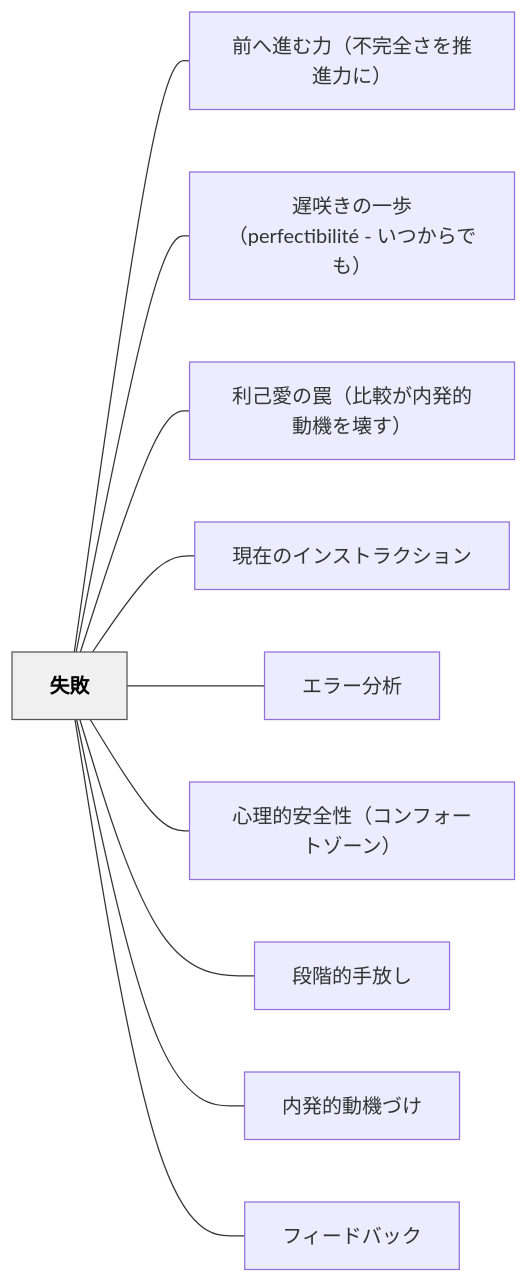
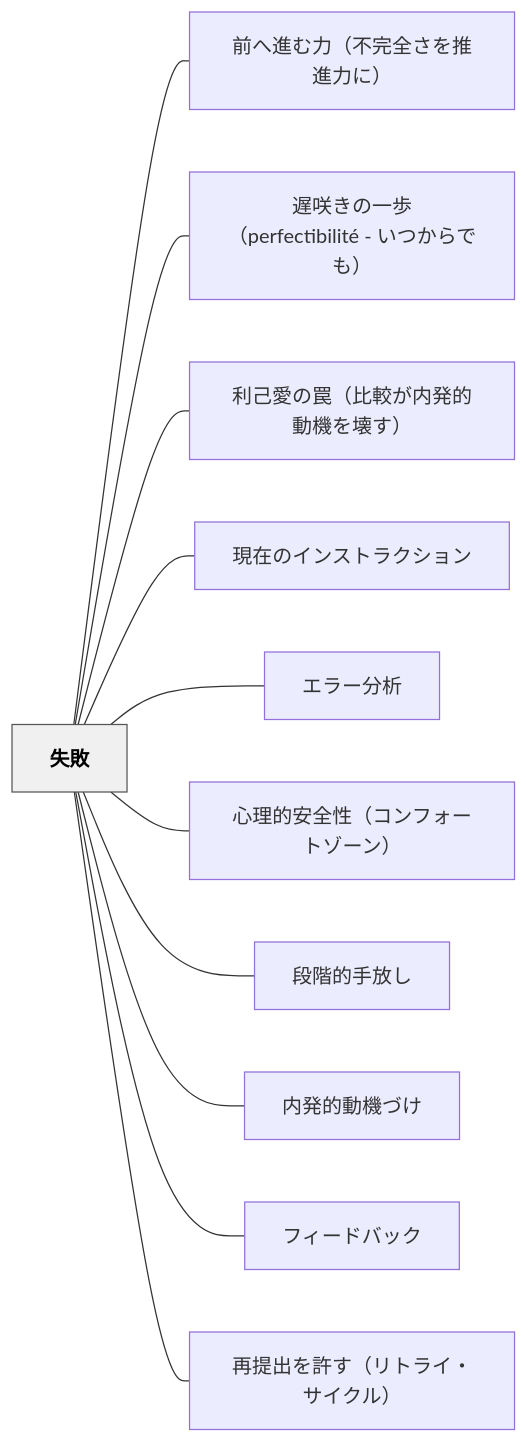
Before and after one commit to unknownthings-ed-patterns/unknownthings-ed-patterns: the diagram in content/パタン/失敗.md, drawn with Mermaid. The commit also changed other lines of this file and 6 other files, not shown here.

````diff
--- a/content/パタン/失敗.md
+++ b/content/パタン/失敗.md
@@ -76,26 +77,28 @@
 ```mermaid
 flowchart LR
     ne5a4b1e69597["失敗"]
     ne5898de381b8e980b2e38280e58a9befbc88e4b88de5ae8ce585a8e38195e38292e68ea8e980b2e58a9be381abefbc89["前へ進む力（不完全さを推進力に）"]
     ne98185e592b2e3818de381aee4b880e6ada9efbc88706572666563746962696c6974c3a9202d20e38184e381a4e3818be38289e381a7e38282efbc89["遅咲きの一歩（perfectibilité - いつからでも）"]
     ne588a9e5b7b1e6849be381aee7bda0efbc88e6af94e8bc83e3818ce58685e799bae79a84e58b95e6a99fe38292e5a38ae38199efbc89["利己愛の罠（比較が内発的動機を壊す）"]
     ne78fbee59ca8e381aee382a4e383b3e382b9e38388e383a9e382afe382b7e383a7e383b3["現在のインストラクション"]
     ne382a8e383a9e383bce58886e69e90["エラー分析"]
     ne5bf83e79086e79a84e5ae89e585a8e680a7efbc88e382b3e383b3e38395e382a9e383bce38388e382bee383bce383b3efbc89["心理的安全性（コンフォートゾーン）"]
     ne6aeb5e99a8ee79a84e6898be694bee38197["段階的手放し"]
     ne58685e799bae79a84e58b95e6a99fe381a5e38191["内発的動機づけ"]
     ne38395e382a3e383bce38389e38390e38383e382af["フィードバック"]
+    ne5868de68f90e587bae38292e8a8b1e38199efbc88e383aae38388e383a9e382a4e383bbe382b5e382a4e382afe383abefbc89["再提出を許す（リトライ・サイクル）"]
 
     ne5a4b1e69597 --- ne5898de381b8e980b2e38280e58a9befbc88e4b88de5ae8ce585a8e38195e38292e68ea8e980b2e58a9be381abefbc89
     ne5a4b1e69597 --- ne98185e592b2e3818de381aee4b880e6ada9efbc88706572666563746962696c6974c3a9202d20e38184e381a4e3818be38289e381a7e38282efbc89
     ne5a4b1e69597 --- ne588a9e5b7b1e6849be381aee7bda0efbc88e6af94e8bc83e3818ce58685e799bae79a84e58b95e6a99fe38292e5a38ae38199efbc89
     ne5a4b1e69597 --- ne78fbee59ca8e381aee382a4e383b3e382b9e38388e383a9e382afe382b7e383a7e383b3
     ne5a4b1e69597 --- ne382a8e383a9e383bce58886e69e90
     ne5a4b1e69597 --- ne5bf83e79086e79a84e5ae89e585a8e680a7efbc88e382b3e383b3e38395e382a9e383bce38388e382bee383bce383b3efbc89
     ne5a4b1e69597 --- ne6aeb5e99a8ee79a84e6898be694bee38197
     ne5a4b1e69597 --- ne58685e799bae79a84e58b95e6a99fe381a5e38191
     ne5a4b1e69597 --- ne38395e382a3e383bce38389e38390e38383e382af
+    ne5a4b1e69597 --- ne5868de68f90e587bae38292e8a8b1e38199efbc88e383aae38388e383a9e382a4e383bbe382b5e382a4e382afe383abefbc89
 
     classDef hub fill:#f0f0f0,stroke:#555,color:#000,font-weight:bold
     class ne5a4b1e69597 hub
 ```
````
